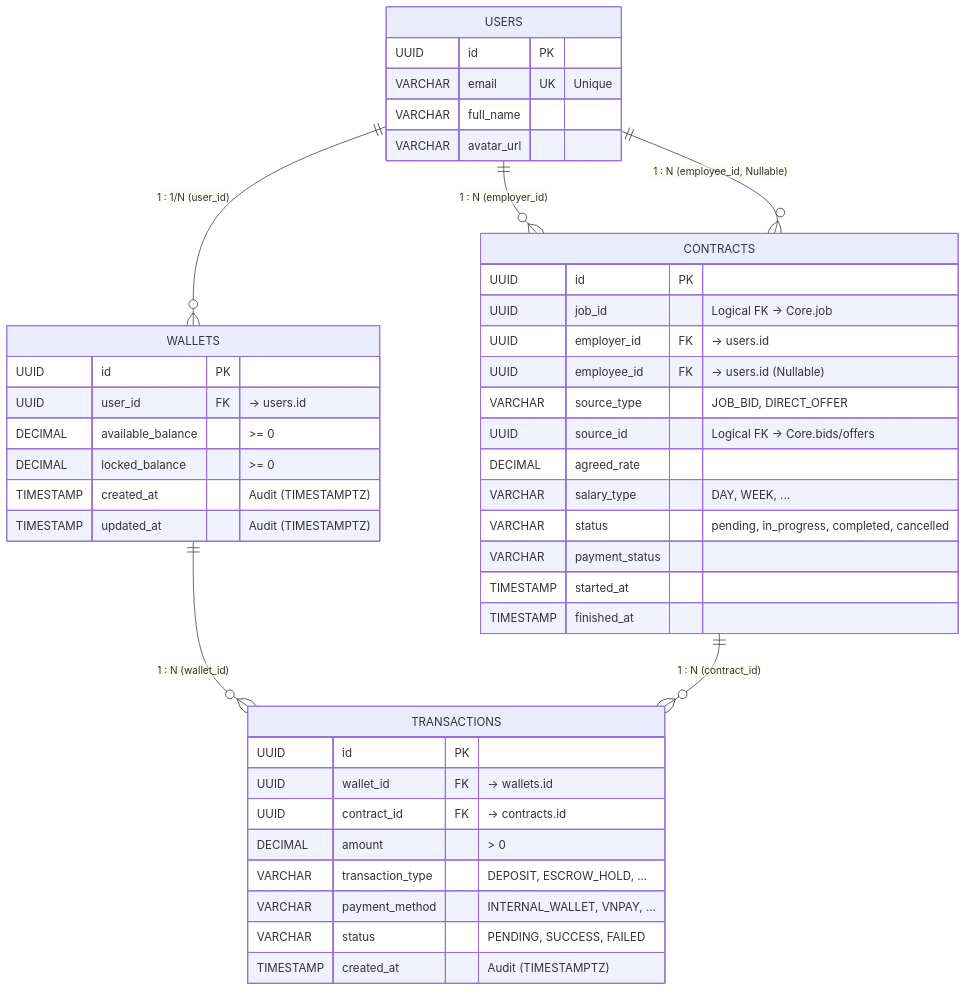
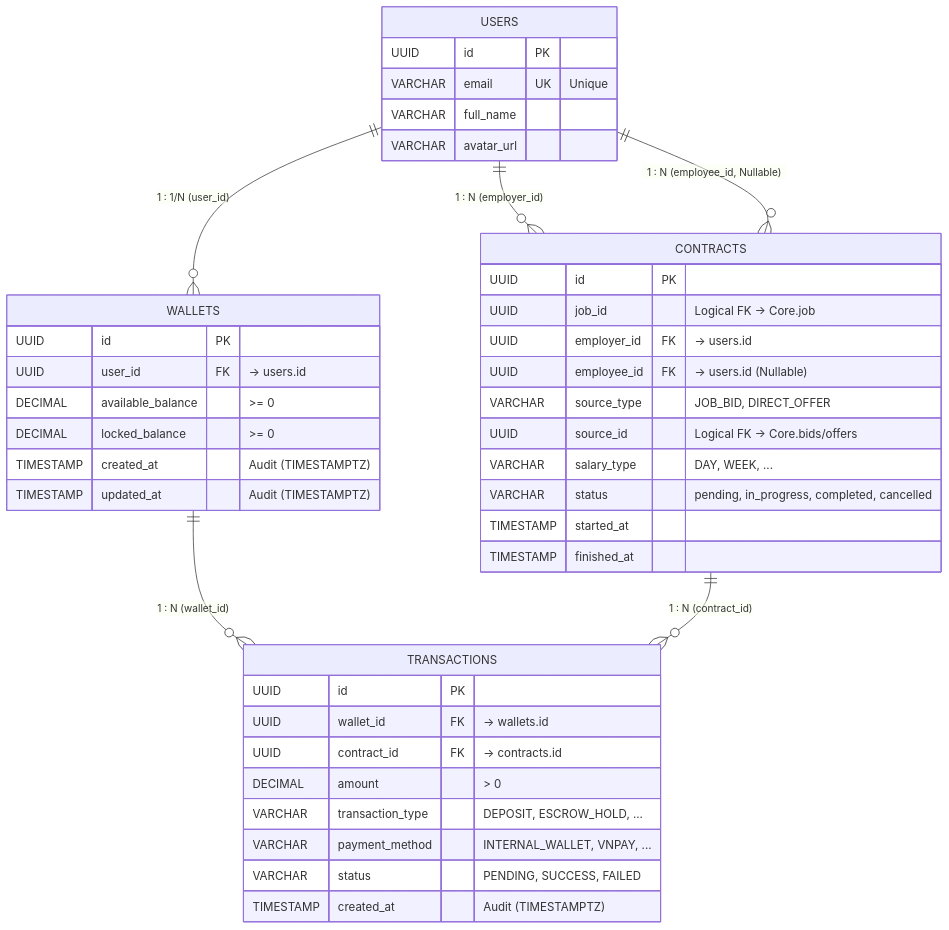
One commit to Occupify/occupify-payment changed the diagram in docs/ERD.md. Above: the diagram before and after it, drawn with Mermaid. The commit also changed other lines of this file, not shown here.

Commit message:
docs(erd): remove agreed_rate and payment_status from contracts ERD

````diff
--- a/docs/ERD.md
+++ b/docs/ERD.md
@@ -23,50 +23,48 @@
 ```mermaid
 erDiagram
     USERS ||--o{ WALLETS : "1 : 1/N (user_id)"
     USERS ||--o{ CONTRACTS : "1 : N (employer_id)"
     USERS ||--o{ CONTRACTS : "1 : N (employee_id, Nullable)"
     WALLETS ||--o{ TRANSACTIONS : "1 : N (wallet_id)"
     CONTRACTS ||--o{ TRANSACTIONS : "1 : N (contract_id)"
 
     USERS {
         UUID id PK
         VARCHAR email UK "Unique"
         VARCHAR full_name
         VARCHAR avatar_url
     }
 
     WALLETS {
         UUID id PK
         UUID user_id FK "-> users.id"
         DECIMAL available_balance ">= 0"
         DECIMAL locked_balance ">= 0"
         TIMESTAMP created_at "Audit (TIMESTAMPTZ)"
         TIMESTAMP updated_at "Audit (TIMESTAMPTZ)"
     }
 
     TRANSACTIONS {
         UUID id PK
         UUID wallet_id FK "-> wallets.id"
         UUID contract_id FK "-> contracts.id"
         DECIMAL amount "> 0"
         VARCHAR transaction_type "DEPOSIT, ESCROW_HOLD, ..."
         VARCHAR payment_method "INTERNAL_WALLET, VNPAY, ..."
         VARCHAR status "PENDING, SUCCESS, FAILED"
         TIMESTAMP created_at "Audit (TIMESTAMPTZ)"
     }
 
     CONTRACTS {
         UUID id PK
         UUID job_id "Logical FK -> Core.job"
         UUID employer_id FK "-> users.id"
         UUID employee_id FK "-> users.id (Nullable)"
         VARCHAR source_type "JOB_BID, DIRECT_OFFER"
         UUID source_id "Logical FK -> Core.bids/offers"
-        DECIMAL agreed_rate
         VARCHAR salary_type "DAY, WEEK, ..."
         VARCHAR status "pending, in_progress, completed, cancelled"
-        VARCHAR payment_status
         TIMESTAMP started_at
         TIMESTAMP finished_at
     }
 ```
````
